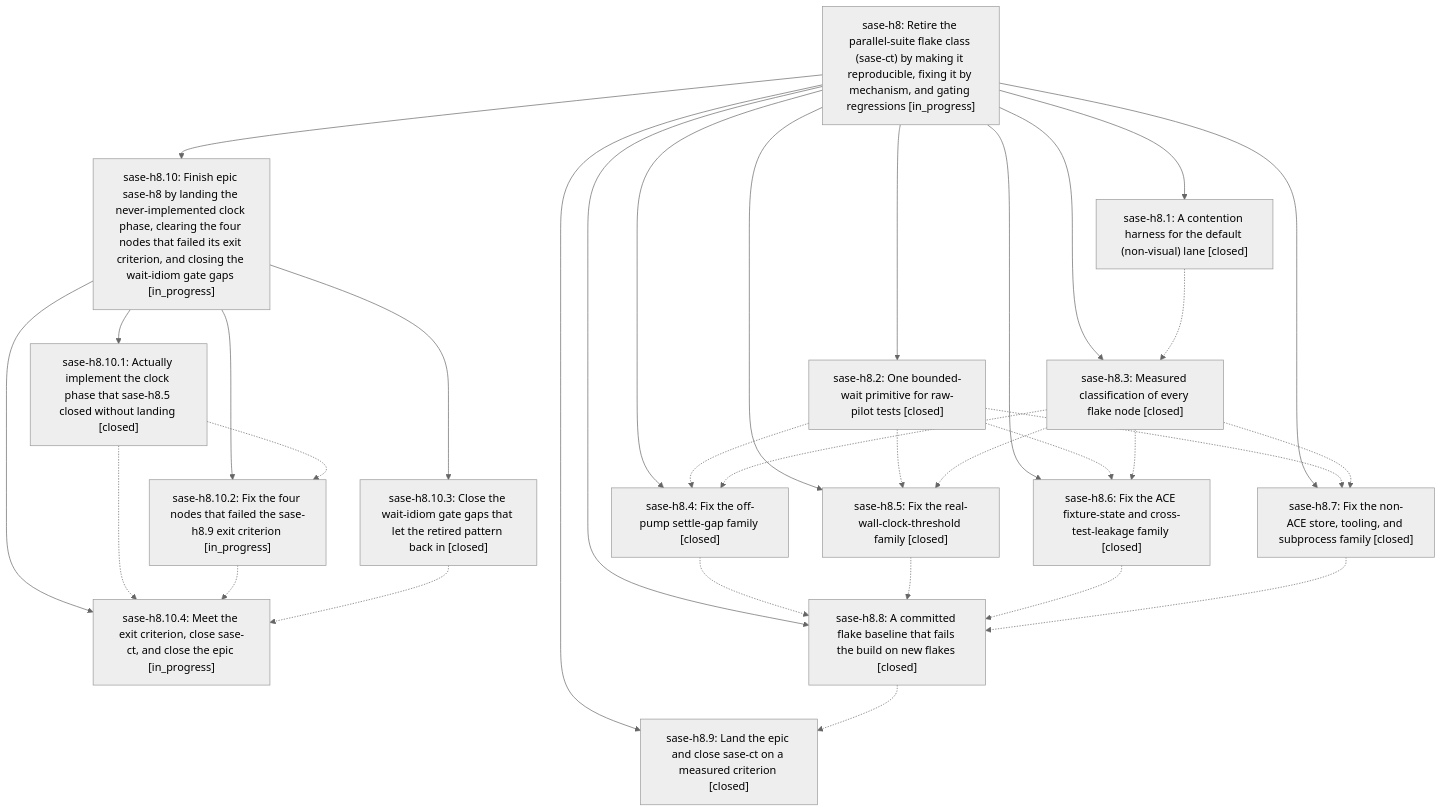
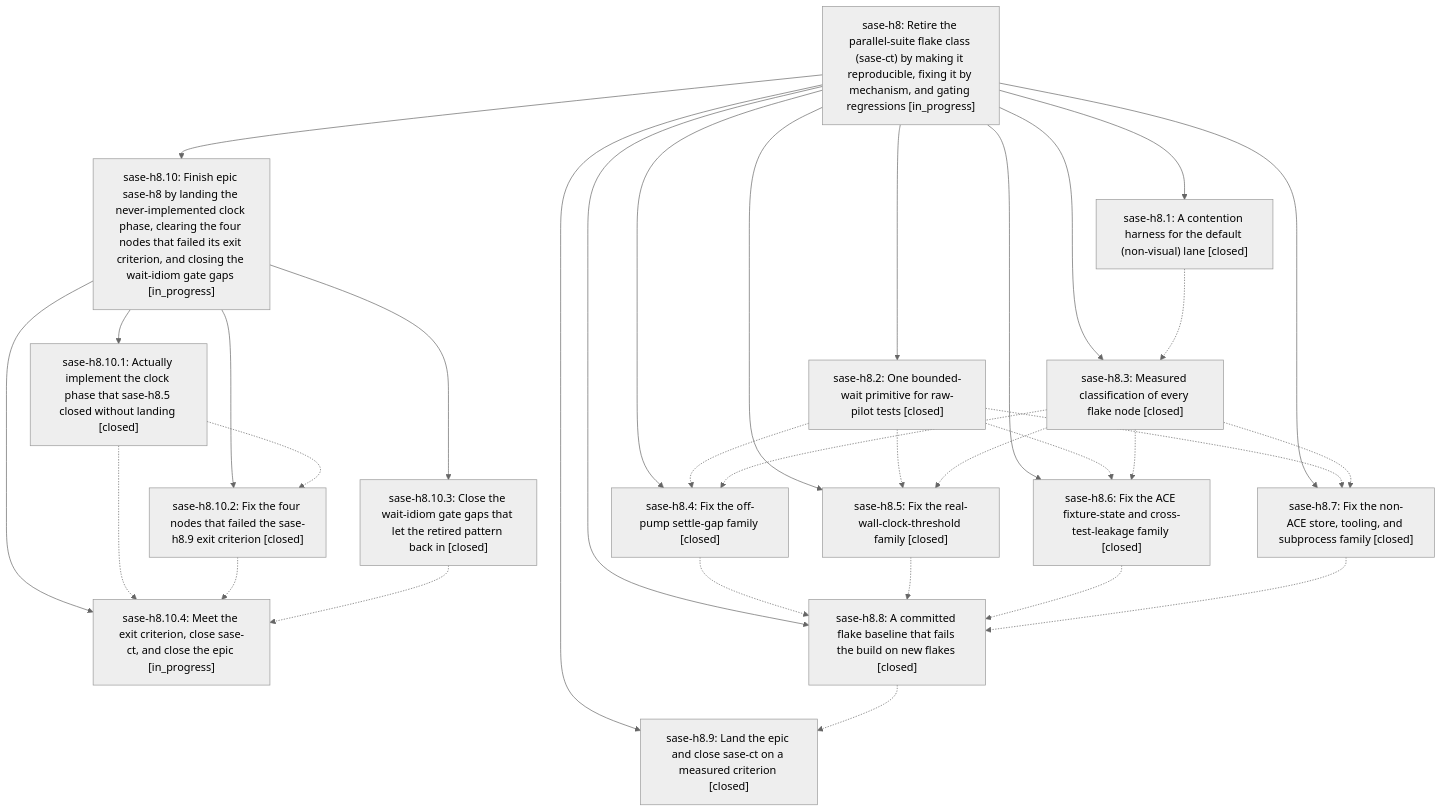
One commit to sase-org/sase--beads changed the diagram in pages/sase-h8/README.md. Above: the diagram before and after it, drawn with Mermaid (neutral theme). The commit also changed other lines of this file and 3 other files, not shown here.

````diff
--- a/pages/sase-h8/README.md
+++ b/pages/sase-h8/README.md
@@ -60,50 +60,50 @@
 ```mermaid
 flowchart TD
     n0["sase-h8: Retire the parallel-suite flake class (sase-ct) by making it reproducible, fixing it by mechanism, and gating regressions [in_progress]"]
     n1["sase-h8.1: A contention harness for the default (non-visual) lane [closed]"]
     n2["sase-h8.10: Finish epic sase-h8 by landing the never-implemented clock phase, clearing the four nodes that failed its exit criterion, and closing the wait-idiom gate gaps [in_progress]"]
     n3["sase-h8.10.1: Actually implement the clock phase that sase-h8.5 closed without landing [closed]"]
-    n4["sase-h8.10.2: Fix the four nodes that failed the sase-h8.9 exit criterion [in_progress]"]
+    n4["sase-h8.10.2: Fix the four nodes that failed the sase-h8.9 exit criterion [closed]"]
     n5["sase-h8.10.3: Close the wait-idiom gate gaps that let the retired pattern back in [closed]"]
     n6["sase-h8.10.4: Meet the exit criterion, close sase-ct, and close the epic [in_progress]"]
     n7["sase-h8.2: One bounded-wait primitive for raw-pilot tests [closed]"]
     n8["sase-h8.3: Measured classification of every flake node [closed]"]
     n9["sase-h8.4: Fix the off-pump settle-gap family [closed]"]
     n10["sase-h8.5: Fix the real-wall-clock-threshold family [closed]"]
     n11["sase-h8.6: Fix the ACE fixture-state and cross-test-leakage family [closed]"]
     n12["sase-h8.7: Fix the non-ACE store, tooling, and subprocess family [closed]"]
     n13["sase-h8.8: A committed flake baseline that fails the build on new flakes [closed]"]
     n14["sase-h8.9: Land the epic and close sase-ct on a measured criterion [closed]"]
     n0 --> n1
     n0 --> n2
     n2 --> n3
     n2 --> n4
     n2 --> n5
     n2 --> n6
     n0 --> n7
     n0 --> n8
     n0 --> n9
     n0 --> n10
     n0 --> n11
     n0 --> n12
     n0 --> n13
     n0 --> n14
     n1 -.-> n8
     n3 -.-> n4
     n3 -.-> n6
     n4 -.-> n6
     n5 -.-> n6
     n7 -.-> n9
     n7 -.-> n10
     n7 -.-> n11
     n7 -.-> n12
     n8 -.-> n9
     n8 -.-> n10
     n8 -.-> n11
     n8 -.-> n12
     n9 -.-> n13
     n10 -.-> n13
     n11 -.-> n13
     n12 -.-> n13
     n13 -.-> n14
 ```
````
